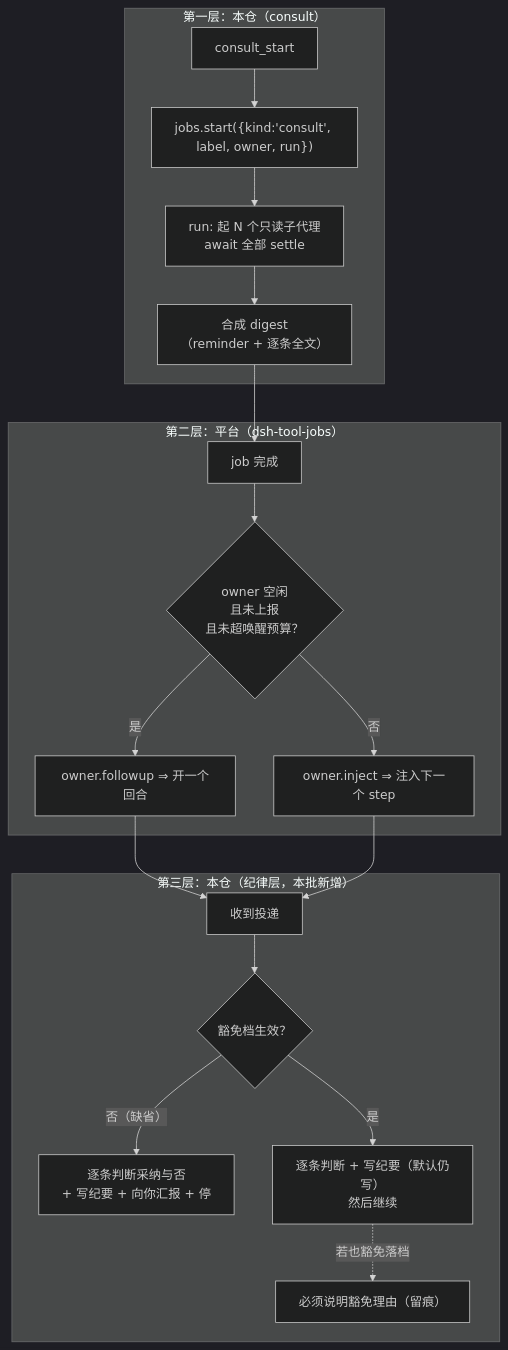
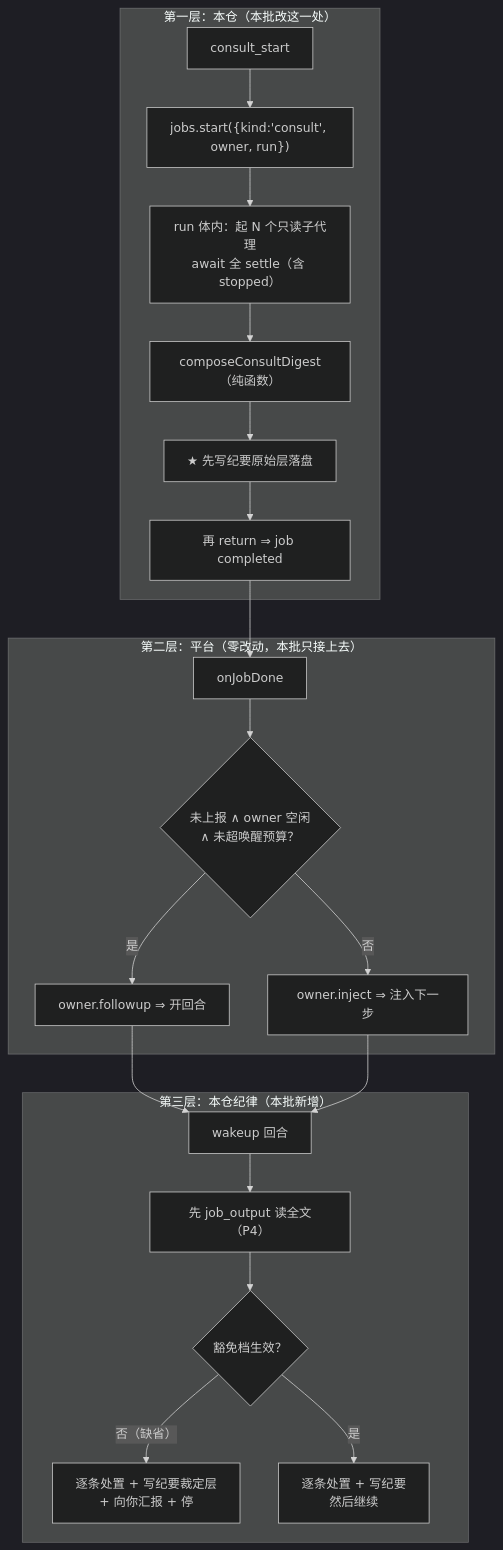
One commit to shenhuanageshei/dsh-thincoder-suite changed the first of 3 diagrams in docs/2026-09-15-consult-delivery-design.md. Above: the diagram before and after it, drawn with Mermaid (dark theme). The commit also changed other lines of this file and 2 other files, not shown here.

````diff
--- a/docs/2026-09-15-consult-delivery-design.md
+++ b/docs/2026-09-15-consult-delivery-design.md
@@ -116,22 +126,24 @@
 ```mermaid
 flowchart TD
-  subgraph L1["第一层：本仓（consult）"]
-    A1["consult_start"] --> A2["jobs.start({kind:'consult', label, owner, run})"]
-    A2 --> A3["run: 起 N 个只读子代理<br/>await 全部 settle"]
-    A3 --> A4["合成 digest<br/>（reminder + 逐条全文）"]
+  subgraph L1["第一层：本仓（本批改这一处）"]
+    A1["consult_start"] --> A2["jobs.start({kind:'consult', owner, run})"]
+    A2 --> A3["run 体内：起 N 个只读子代理<br/>await 全 settle（含 stopped）"]
+    A3 --> A4["composeConsultDigest（纯函数）"]
+    A4 --> A5["★ 先写纪要原始层落盘"]
+    A5 --> A6["再 return ⇒ job completed"]
   end
-  subgraph L2["第二层：平台（dsh-tool-jobs）"]
-    B1["job 完成"] --> B2{"owner 空闲<br/>且未上报<br/>且未超唤醒预算？"}
-    B2 -- "是" --> B3["owner.followup ⇒ 开一个回合"]
-    B2 -- "否" --> B4["owner.inject ⇒ 注入下一个 step"]
+  subgraph L2["第二层：平台（零改动，本批只接上去）"]
+    B1["onJobDone"] --> B2{"未上报 ∧ owner 空闲<br/>∧ 未超唤醒预算？"}
+    B2 -- "是" --> B3["owner.followup ⇒ 开回合"]
+    B2 -- "否" --> B4["owner.inject ⇒ 注入下一步"]
   end
-  subgraph L3["第三层：本仓（纪律层，本批新增）"]
-    C1["收到投递"] --> C2{"豁免档生效？"}
-    C2 -- "否（缺省）" --> C3["逐条判断采纳与否<br/>+ 写纪要 + 向你汇报 + 停"]
-    C2 -- "是" --> C4["逐条判断 + 写纪要（默认仍写）<br/>然后继续"]
-    C4 -. "若也豁免落档" .-> C5["必须说明豁免理由（留痕）"]
+  subgraph L3["第三层：本仓纪律（本批新增）"]
+    C1["wakeup 回合"] --> C2["先 job_output 读全文（P4）"]
+    C2 --> C3{"豁免档生效？"}
+    C3 -- "否（缺省）" --> C4["逐条处置 + 写纪要裁定层<br/>+ 向你汇报 + 停"]
+    C3 -- "是" --> C5["逐条处置 + 写纪要<br/>然后继续"]
   end
-  A4 --> B1
+  A6 --> B1
   B3 --> C1
   B4 --> C1
 ```
````
